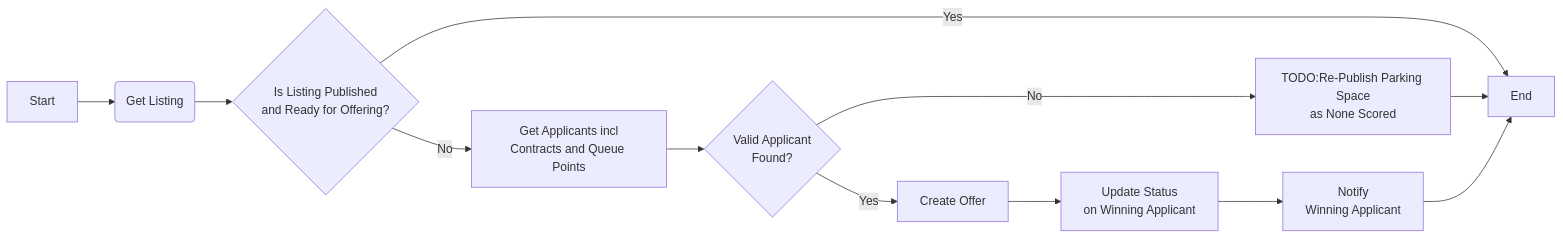
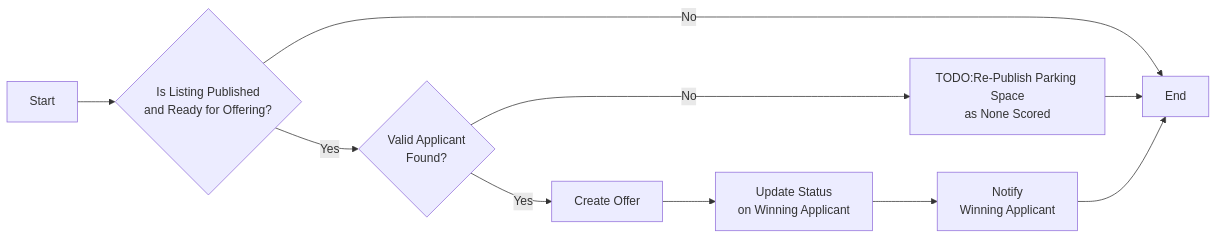
One commit to Bostads-AB-Mimer/onecore changed the first of 2 diagrams in core/src/processes/parkingspaces/internal/DOCS_Create_Offer_for_Scored_Parking_Space.md. Above: the diagram before and after it, drawn with Mermaid. The commit also changed other lines of this file and 6 other files, not shown here.

````diff
--- a/core/src/processes/parkingspaces/internal/DOCS_Create_Offer_for_Scored_Parking_Space.md
+++ b/core/src/processes/parkingspaces/internal/DOCS_Create_Offer_for_Scored_Parking_Space.md
@@ -5,15 +5,12 @@
 ```mermaid
 flowchart LR
-A[Start] -->B(Get Listing)
-B --> C{Is Listing Published<br/>and Ready for Offering?}
-C --> |Yes| O
-C --> |No| D[Get Applicants incl<br/>Contracts and Queue Points]
-
-D --> F{Valid Applicant<br/>Found?}
+A[Start] --> C{Is Listing Published<br/>and Ready for Offering?}
+C --> |No| O
+C --> |Yes| F{Valid Applicant<br/>Found?}
 F --> |No| G[TODO:Re-Publish Parking Space<br/>as None Scored]
 G --> O[End]
 F --> |Yes| H[Create Offer]
 H --> I[Update Status<br/>on Winning Applicant]
 I --> J[Notify<br/>Winning Applicant]
 J --> O
 ```
````
